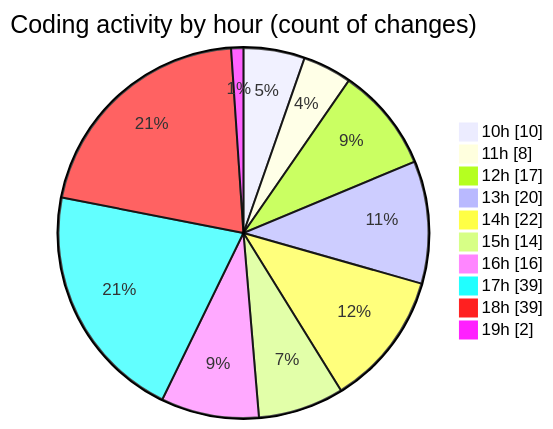
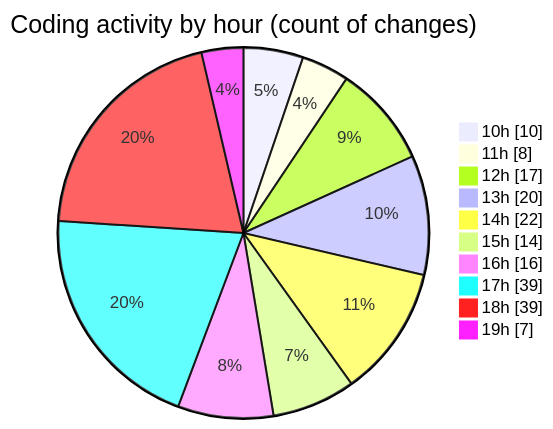
One commit to momahboobian/code-tracking changed the second of 2 diagrams in 2025-12-03/cda/README.md. Above: the diagram before and after it, drawn with Mermaid. The commit also changed other lines of this file and 1 other file, not shown here.

````diff
--- a/2025-12-03/cda/README.md
+++ b/2025-12-03/cda/README.md
@@ -44,14 +44,14 @@
 ```mermaid
 pie showData
 title Coding activity by hour (count of changes)
 "10h" : 10
 "11h" : 8
 "12h" : 17
 "13h" : 20
 "14h" : 22
 "15h" : 14
 "16h" : 16
 "17h" : 39
 "18h" : 39
-"19h" : 2
+"19h" : 7
 ```
````
